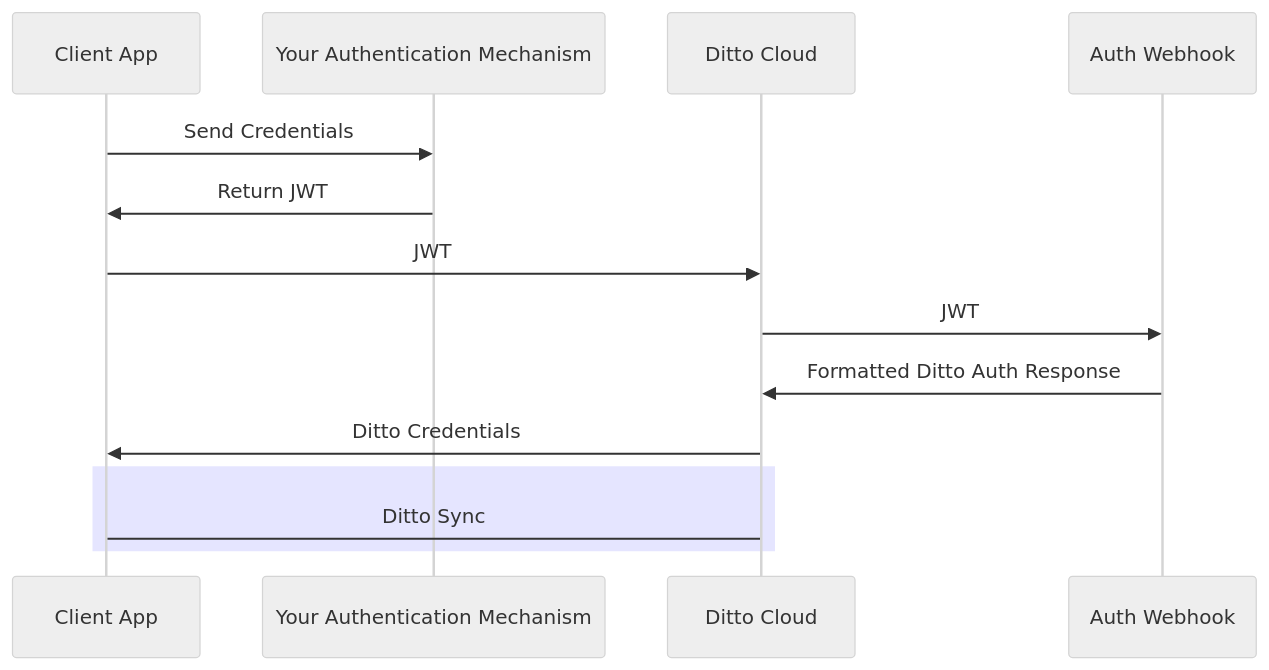
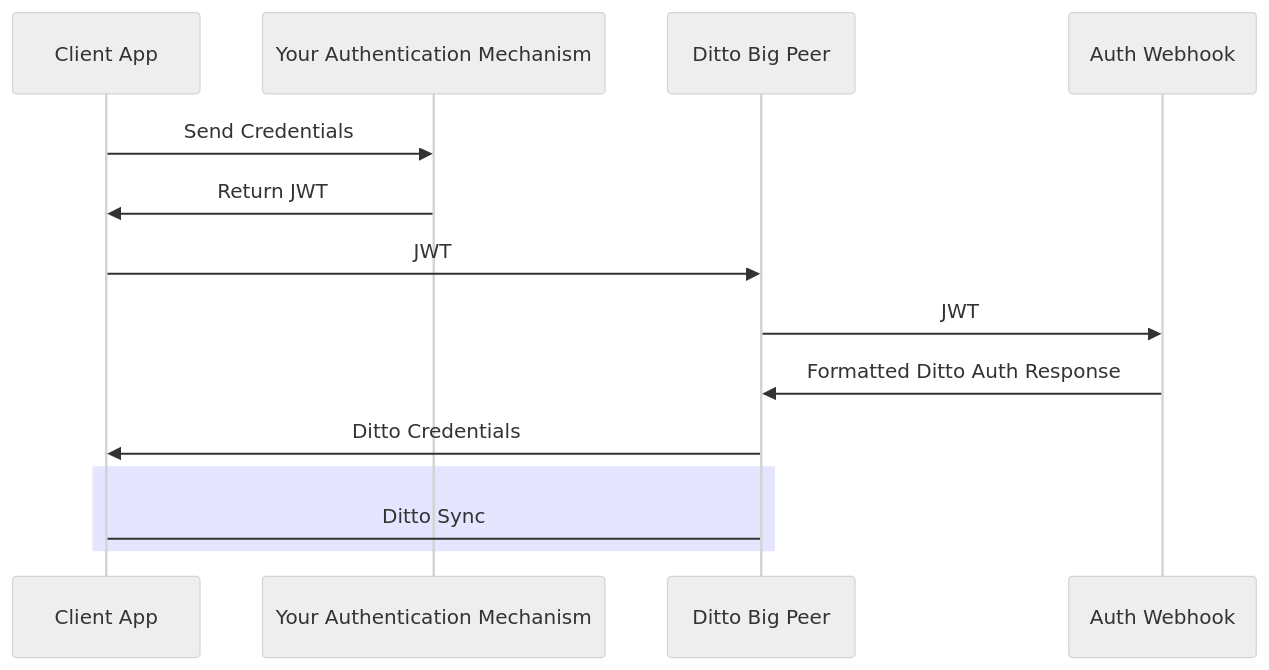
Before and after one commit to weesvisje/docs: the diagram in docs/tutorials/authentication/1-intro.mdx, drawn with Mermaid (neutral theme). The commit also changed 11 other files, not shown here.

First line of the commit message:
Use Big Peer instead of Cloud (#159)

````diff
--- a/docs/tutorials/authentication/1-intro.mdx
+++ b/docs/tutorials/authentication/1-intro.mdx
@@ -39,12 +39,12 @@
 ```mermaid
 sequenceDiagram
     Client App->>Your Authentication Mechanism: Send Credentials
     Your Authentication Mechanism->>Client App: Return JWT
-    Client App->>Ditto Cloud: JWT
-    Ditto Cloud->>Auth Webhook: JWT 
-    Auth Webhook->>Ditto Cloud: Formatted Ditto Auth Response
-    Ditto Cloud->>Client App: Ditto Credentials
+    Client App->>Ditto Big Peer: JWT
+    Ditto Big Peer->>Auth Webhook: JWT 
+    Auth Webhook->>Ditto Big Peer: Formatted Ditto Auth Response
+    Ditto Big Peer->>Client App: Ditto Credentials
     rect rgba(0, 0, 255, .1)
-      Client App->Ditto Cloud: Ditto Sync
+      Client App->Ditto Big Peer: Ditto Sync
     end
 ```
````
